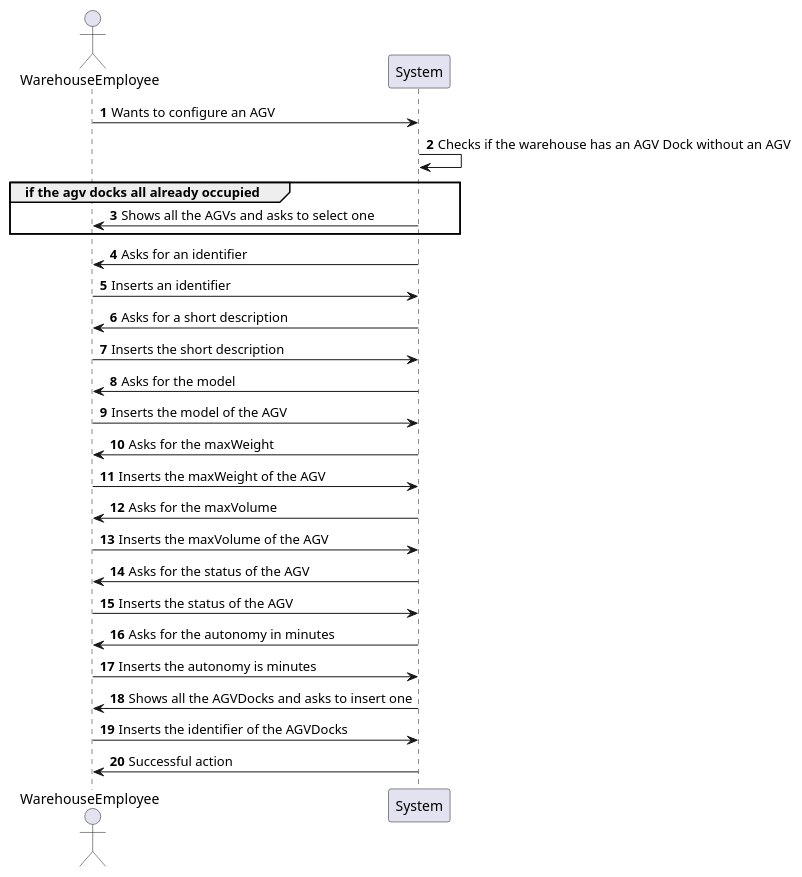
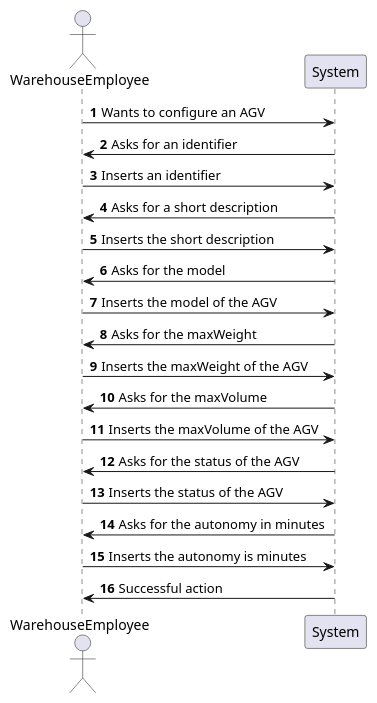
The diagram in eapli.base/docs/1190811/US2002/US2002_SSD.puml (LourencoMelo/ISEP-EAPLI), drawn with PlantUML before and after one commit. The commit also changed 17 other files, not shown here.

```diff
--- a/eapli.base/docs/1190811/US2002/US2002_SSD.puml
+++ b/eapli.base/docs/1190811/US2002/US2002_SSD.puml
@@ -1,34 +1,24 @@
 @startuml
 
 autonumber
 
 actor WarehouseEmployee
 
 WarehouseEmployee -> System : Wants to configure an AGV
-System -> System : Checks if the warehouse has an AGV Dock without an AGV
-
-group if the agv docks all already occupied
-System -> WarehouseEmployee : Shows all the AGVs and asks to select one
-end
-
 System -> WarehouseEmployee : Asks for an identifier
 WarehouseEmployee -> System : Inserts an identifier
 System -> WarehouseEmployee : Asks for a short description
 WarehouseEmployee -> System : Inserts the short description
 System -> WarehouseEmployee : Asks for the model
 WarehouseEmployee -> System : Inserts the model of the AGV
 System -> WarehouseEmployee : Asks for the maxWeight
 WarehouseEmployee -> System : Inserts the maxWeight of the AGV
 System -> WarehouseEmployee : Asks for the maxVolume
 WarehouseEmployee -> System : Inserts the maxVolume of the AGV
 System -> WarehouseEmployee : Asks for the status of the AGV
 WarehouseEmployee -> System : Inserts the status of the AGV
 System -> WarehouseEmployee : Asks for the autonomy in minutes
 WarehouseEmployee -> System : Inserts the autonomy is minutes
-System -> WarehouseEmployee : Shows all the AGVDocks and asks to insert one
-WarehouseEmployee -> System : Inserts the identifier of the AGVDocks
 System -> WarehouseEmployee : Successful action
 
-
-
 @enduml
```
